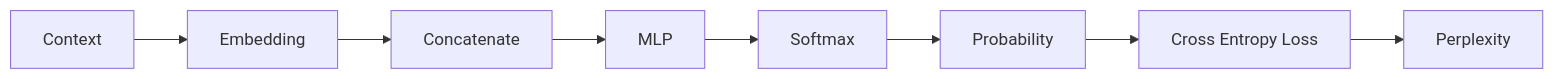
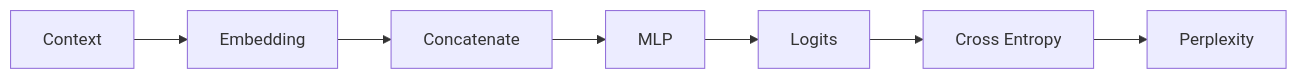
The diagram in 1. LLM基础/6.4 第一次打分——Loss 与 Perplexity.md (AI-learning-simple/Build-Your-Own-LLM), drawn with Mermaid before and after one commit. The commit also changed other lines of this file and 60 other files, not shown here.

````diff
--- a/1. LLM基础/6.4 第一次打分——Loss 与 Perplexity.md
+++ b/1. LLM基础/6.4 第一次打分——Loss 与 Perplexity.md
@@ -59,4 +101,4 @@
 ```mermaid
 flowchart LR
-    A[Context] --> B[Embedding] --> C[Concatenate] --> D[MLP] --> E[Softmax] --> F[Probability] --> G["Cross Entropy Loss"] --> H[Perplexity]
+    A[Context] --> B[Embedding] --> C[Concatenate] --> D[MLP] --> E[Logits] --> F[Cross Entropy] --> G[Perplexity]
 ```
````
